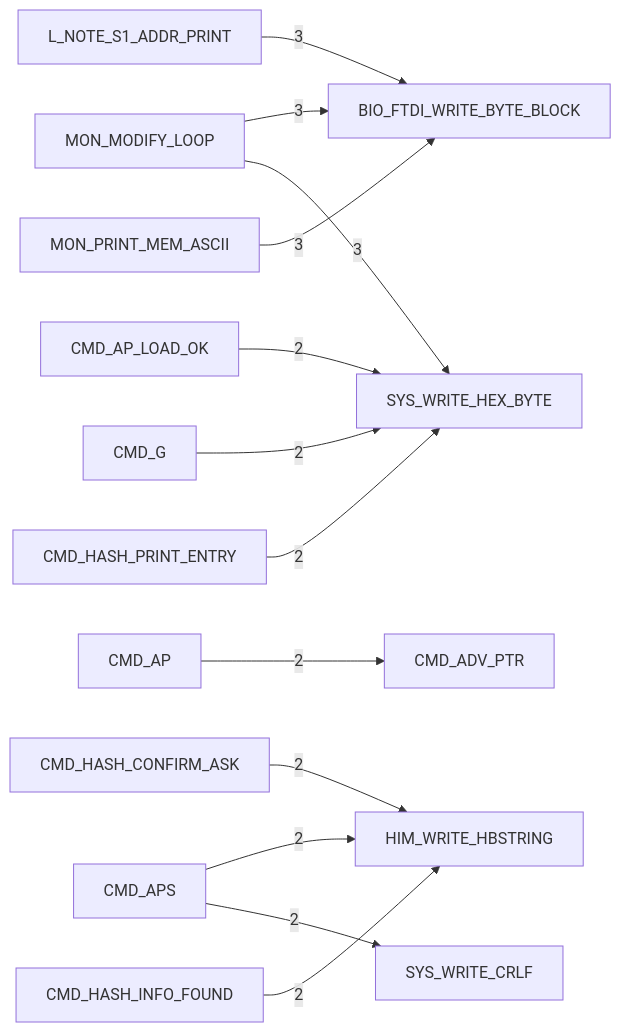
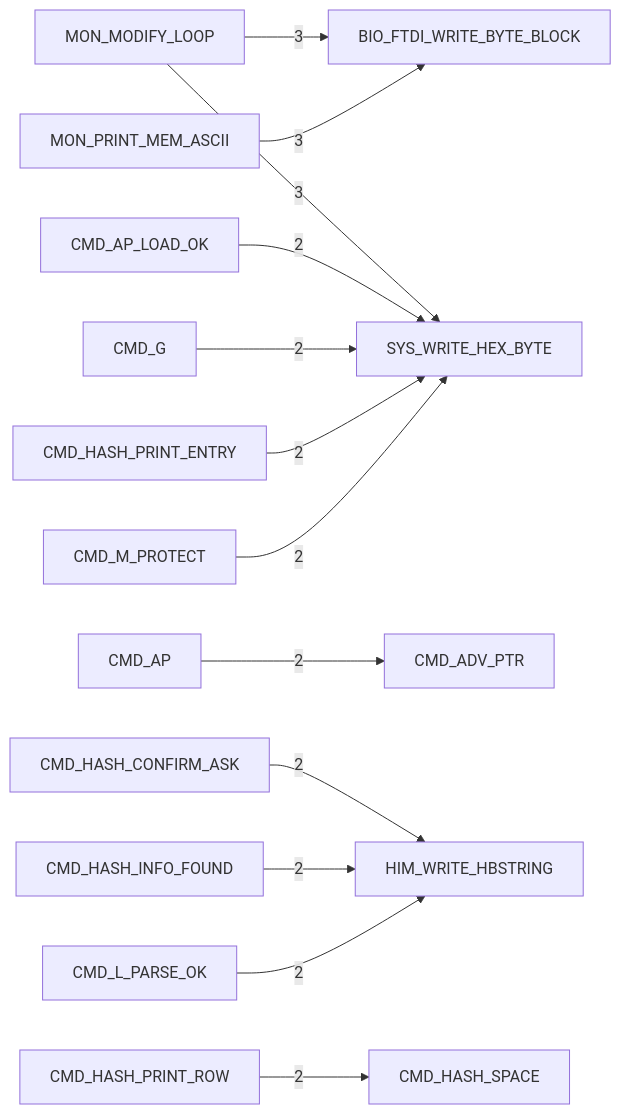
One commit to 95westus/R-YORS changed the third of 6 diagrams in DOC/GENERATED/HIMON_COMMAND_MAP.md. Above: the diagram before and after it, drawn with Mermaid. The commit also changed other lines of this file and 243 other files, not shown here.

````diff
--- a/DOC/GENERATED/HIMON_COMMAND_MAP.md
+++ b/DOC/GENERATED/HIMON_COMMAND_MAP.md
@@ -42,15 +42,15 @@
 ```mermaid
 flowchart LR
-    N_L_NOTE_S1_ADDR_PRINT[L_NOTE_S1_ADDR_PRINT] -->|3| N_BIO_FTDI_WRITE_BYTE_BLOCK[BIO_FTDI_WRITE_BYTE_BLOCK]
     N_MON_MODIFY_LOOP[MON_MODIFY_LOOP] -->|3| N_BIO_FTDI_WRITE_BYTE_BLOCK[BIO_FTDI_WRITE_BYTE_BLOCK]
     N_MON_MODIFY_LOOP[MON_MODIFY_LOOP] -->|3| N_SYS_WRITE_HEX_BYTE[SYS_WRITE_HEX_BYTE]
     N_MON_PRINT_MEM_ASCII[MON_PRINT_MEM_ASCII] -->|3| N_BIO_FTDI_WRITE_BYTE_BLOCK[BIO_FTDI_WRITE_BYTE_BLOCK]
     N_CMD_AP[CMD_AP] -->|2| N_CMD_ADV_PTR[CMD_ADV_PTR]
     N_CMD_AP_LOAD_OK[CMD_AP_LOAD_OK] -->|2| N_SYS_WRITE_HEX_BYTE[SYS_WRITE_HEX_BYTE]
-    N_CMD_APS[CMD_APS] -->|2| N_HIM_WRITE_HBSTRING[HIM_WRITE_HBSTRING]
-    N_CMD_APS[CMD_APS] -->|2| N_SYS_WRITE_CRLF[SYS_WRITE_CRLF]
     N_CMD_G[CMD_G] -->|2| N_SYS_WRITE_HEX_BYTE[SYS_WRITE_HEX_BYTE]
     N_CMD_HASH_CONFIRM_ASK[CMD_HASH_CONFIRM_ASK] -->|2| N_HIM_WRITE_HBSTRING[HIM_WRITE_HBSTRING]
     N_CMD_HASH_INFO_FOUND[CMD_HASH_INFO_FOUND] -->|2| N_HIM_WRITE_HBSTRING[HIM_WRITE_HBSTRING]
     N_CMD_HASH_PRINT_ENTRY[CMD_HASH_PRINT_ENTRY] -->|2| N_SYS_WRITE_HEX_BYTE[SYS_WRITE_HEX_BYTE]
+    N_CMD_HASH_PRINT_ROW[CMD_HASH_PRINT_ROW] -->|2| N_CMD_HASH_SPACE[CMD_HASH_SPACE]
+    N_CMD_L_PARSE_OK[CMD_L_PARSE_OK] -->|2| N_HIM_WRITE_HBSTRING[HIM_WRITE_HBSTRING]
+    N_CMD_M_PROTECT[CMD_M_PROTECT] -->|2| N_SYS_WRITE_HEX_BYTE[SYS_WRITE_HEX_BYTE]
 ```
````
